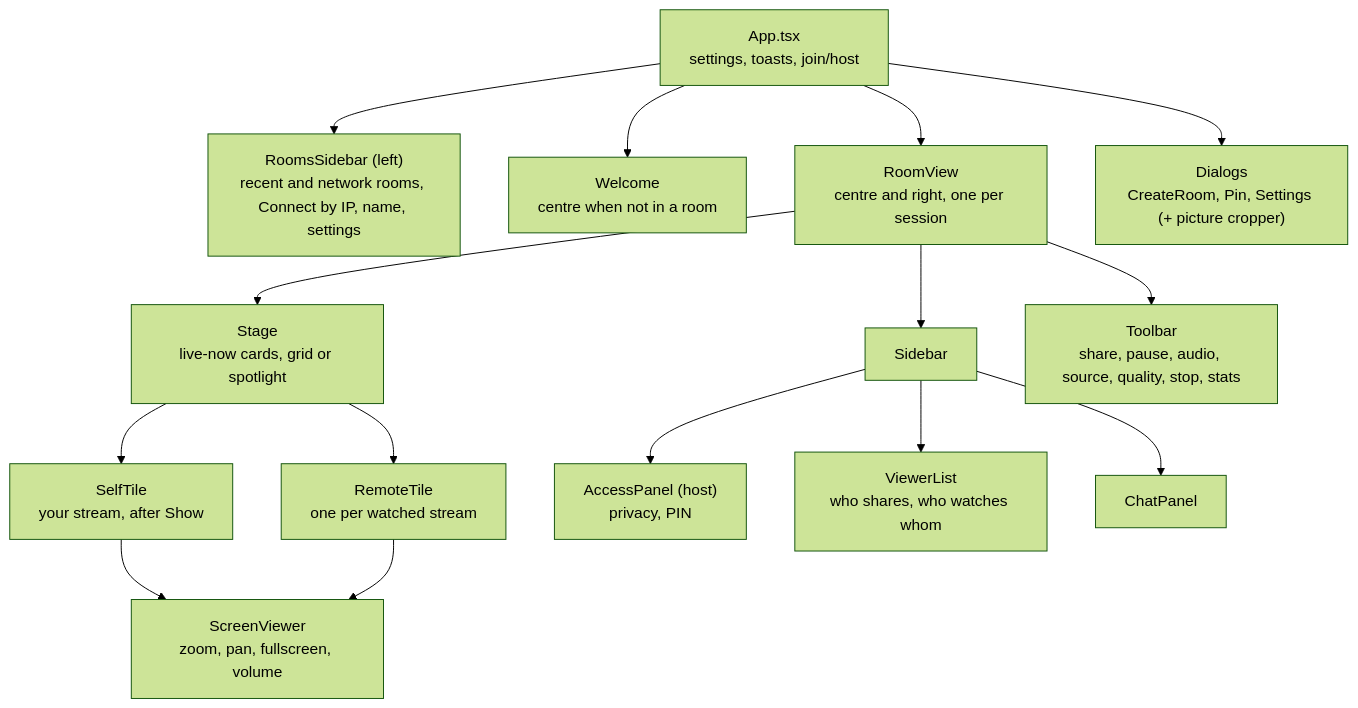
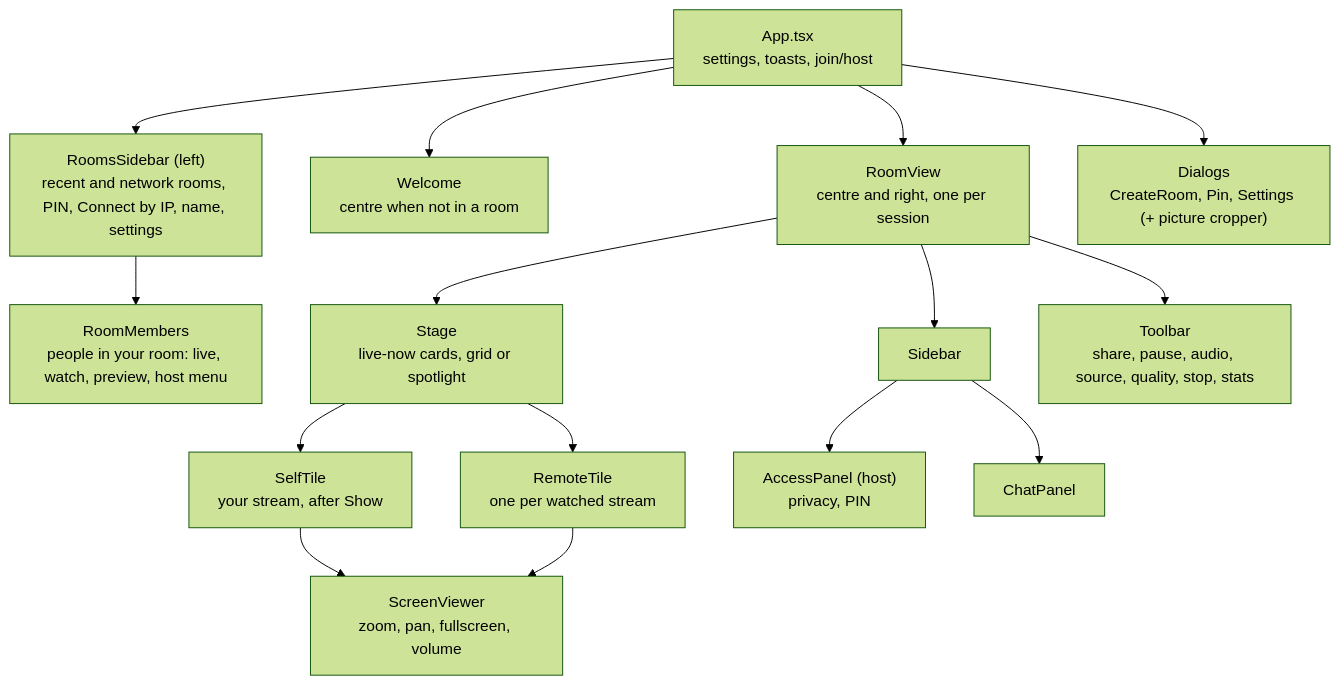
One commit to nsfxu/lan-screenshare changed the fifth of 8 diagrams in docs/en-US/architecture.md. Above: the diagram before and after it, drawn with Mermaid (forest theme). The commit also changed 23 other files, not shown here.

First line of the commit message:
List the room's people under it in the rooms sidebar

````diff
--- a/docs/en-US/architecture.md
+++ b/docs/en-US/architecture.md
@@ -264,18 +264,18 @@
 ```mermaid
 flowchart TB
   App["App.tsx<br/>settings, toasts, join/host"]
-  App --> Rooms["RoomsSidebar (left)<br/>recent and network rooms, Connect by IP, name, settings"]
+  App --> Rooms["RoomsSidebar (left)<br/>recent and network rooms, PIN, Connect by IP, name, settings"]
+  Rooms --> Members["RoomMembers<br/>people in your room: live, watch, preview, host menu"]
   App --> Welcome["Welcome<br/>centre when not in a room"]
   App --> Room["RoomView<br/>centre and right, one per session"]
   App --> Dlg["Dialogs<br/>CreateRoom, Pin, Settings (+ picture cropper)"]
   Room --> Stage["Stage<br/>live-now cards, grid or spotlight"]
   Stage --> Self["SelfTile<br/>your stream, after Show"]
   Stage --> Remote["RemoteTile<br/>one per watched stream"]
   Self --> SV["ScreenViewer<br/>zoom, pan, fullscreen, volume"]
   Remote --> SV
   Room --> Side["Sidebar"]
   Side --> Access["AccessPanel (host)<br/>privacy, PIN"]
-  Side --> People["ViewerList<br/>who shares, who watches whom"]
   Side --> Chat["ChatPanel"]
   Room --> Toolbar["Toolbar<br/>share, pause, audio, source, quality, stop, stats"]
 ```
````
